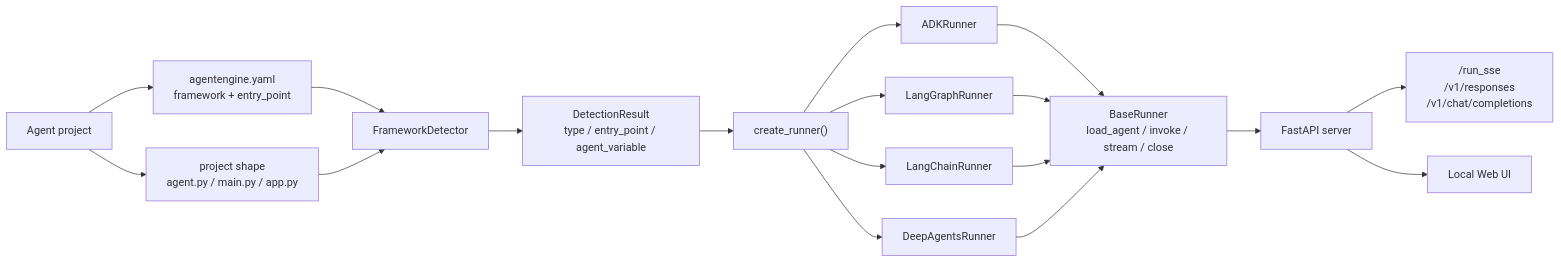
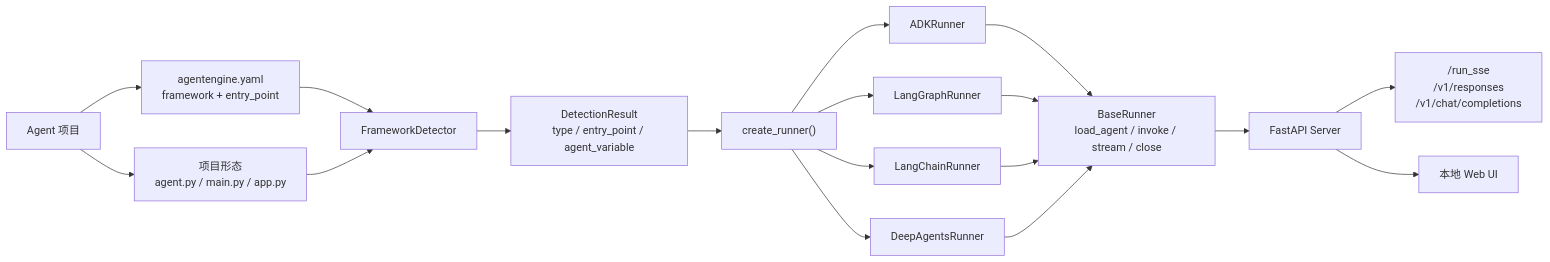
The first of 2 diagrams in public-docs/guides/frameworks.md (kingsoftcloud/ksadk-python), drawn with Mermaid before and after one commit. The commit also changed other lines of this file and 107 other files, not shown here.

````diff
--- a/public-docs/guides/frameworks.md
+++ b/public-docs/guides/frameworks.md
@@ -23,20 +21,20 @@
 ```mermaid
 flowchart LR
-  Project["Agent project"] --> Config["agentengine.yaml<br/>framework + entry_point"]
-  Project --> Shape["project shape<br/>agent.py / main.py / app.py"]
+  Project["Agent 项目"] --> Config["agentengine.yaml<br/>framework + entry_point"]
+  Project --> Shape["项目形态<br/>agent.py / main.py / app.py"]
   Config --> Detect["FrameworkDetector"]
   Shape --> Detect
   Detect --> Result["DetectionResult<br/>type / entry_point / agent_variable"]
   Result --> Factory["create_runner()"]
   Factory --> ADK["ADKRunner"]
   Factory --> LG["LangGraphRunner"]
   Factory --> LC["LangChainRunner"]
   Factory --> DA["DeepAgentsRunner"]
   ADK --> Contract["BaseRunner<br/>load_agent / invoke / stream / close"]
   LG --> Contract
   LC --> Contract
   DA --> Contract
-  Contract --> Server["FastAPI server"]
+  Contract --> Server["FastAPI Server"]
   Server --> Protocols["/run_sse<br/>/v1/responses<br/>/v1/chat/completions"]
-  Server --> Web["Local Web UI"]
+  Server --> Web["本地 Web UI"]
 ```
````
